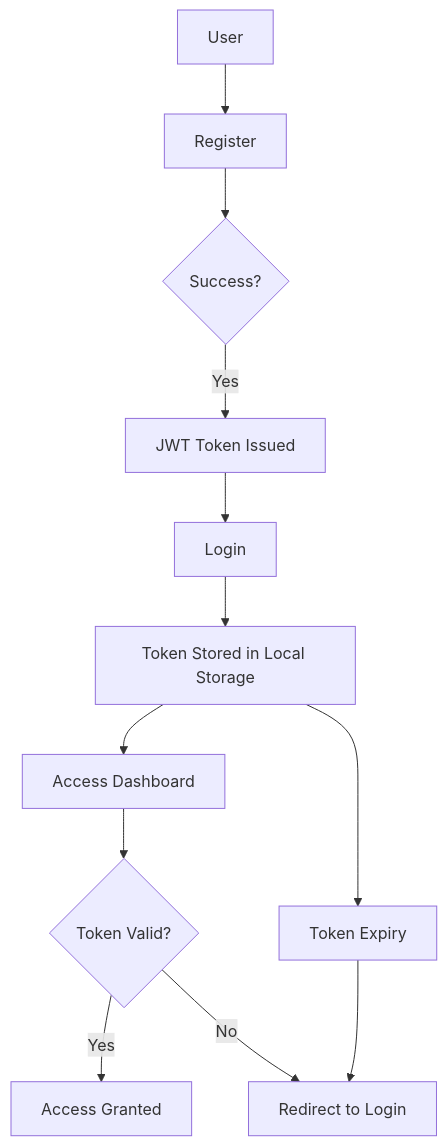
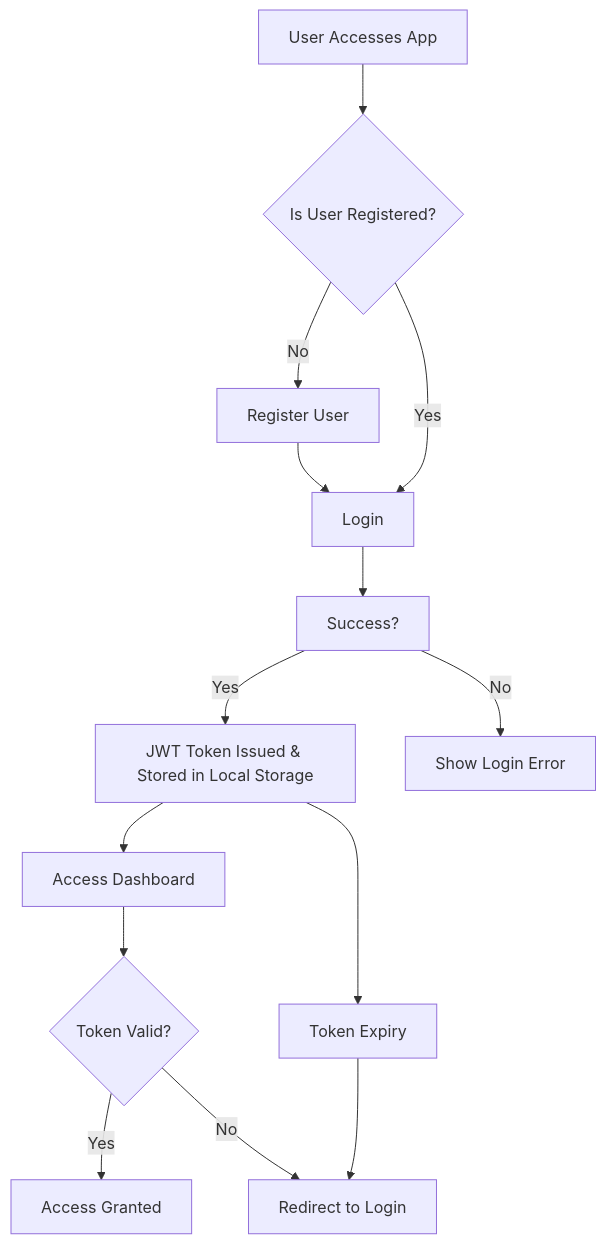
One commit to chaudharishrijana/Authentication-System- changed the diagram in README.md. Above: the diagram before and after it, drawn with Mermaid.

Commit message:
Revise workflow diagram in README.md
Updated workflow diagram to clarify user registration and login process.

````diff
--- a/README.md
+++ b/README.md
@@ -22,16 +22,21 @@
 ```mermaid
+
+
 graph TD
-    A[User] --> B[Register]
-    B --> C{Success?}
-    C -->|Yes| D[JWT Token Issued]
-    D --> E[Login]
-    E --> F[Token Stored in Local Storage]
-    F --> G[Access Dashboard]
-    G --> H{Token Valid?}
-    H -->|Yes| I[Access Granted]
-    H -->|No| J[Redirect to Login]
-    F --> K[Token Expiry]
-    K --> J
+    A[User Accesses App] --> B{Is User Registered?}
+    B -->|No| C[Register User]
+    C --> D[Login]
+    B -->|Yes| D[Login]
+    D --> E[Success?]
+    E -->|Yes| F[JWT Token Issued & Stored in Local Storage]
+    E -->|No| G[Show Login Error]
+    F --> H[Access Dashboard]
+    H --> I{Token Valid?}
+    I -->|Yes| J[Access Granted]
+    I -->|No| K[Redirect to Login]
+    F --> L[Token Expiry]
+    L --> K
+
 
 
 ```
````
